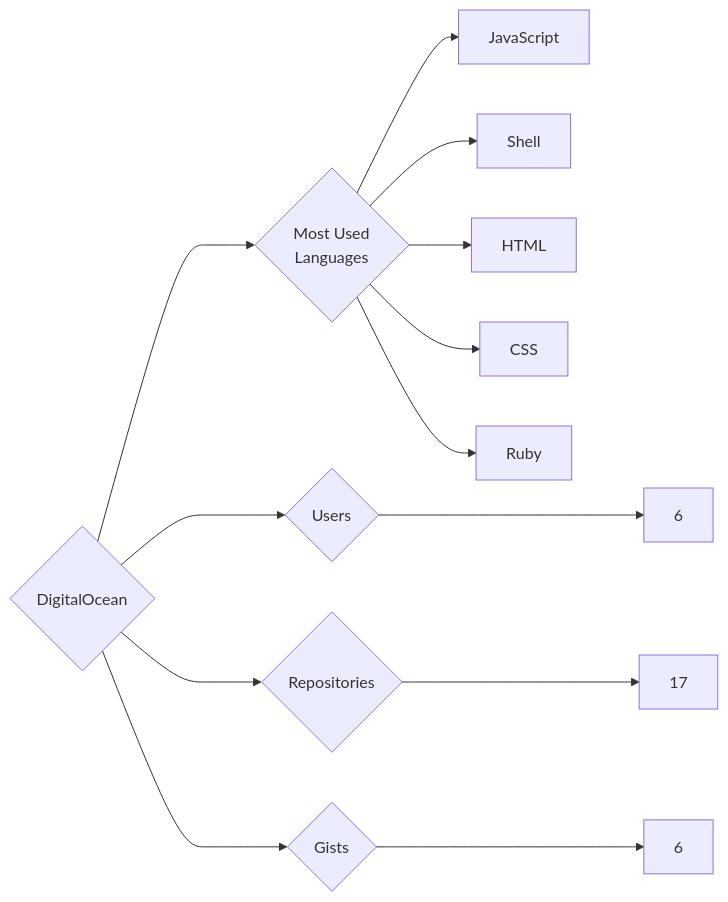
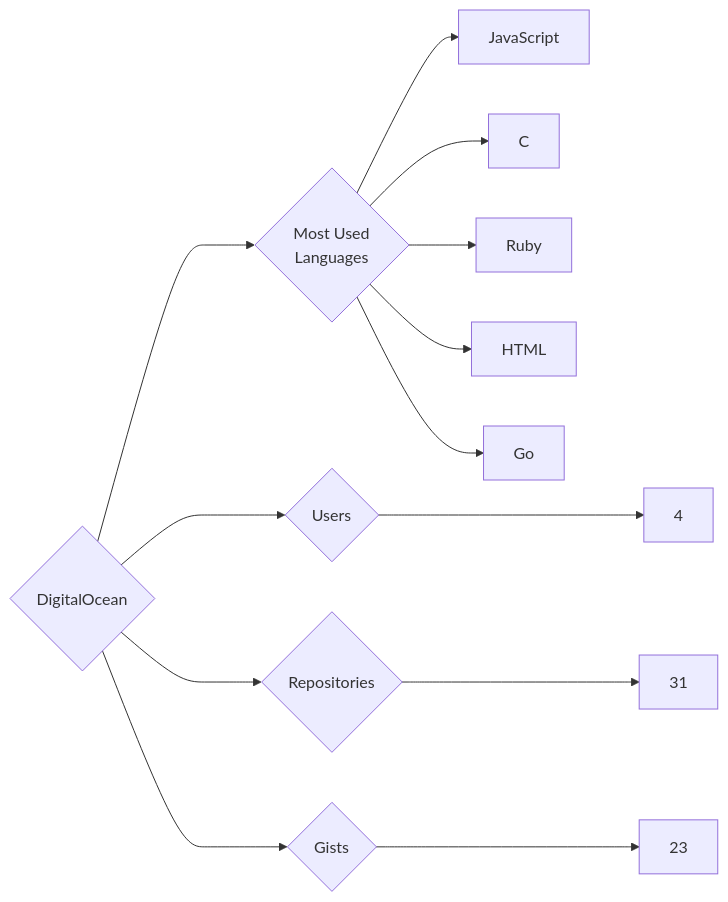
The diagram in targets/DigitalOcean/README.md (trickest/insiders), drawn with Mermaid before and after one commit. The commit also changed 1055 other files, not shown here.

````diff
--- a/targets/DigitalOcean/README.md
+++ b/targets/DigitalOcean/README.md
@@ -3,13 +3,13 @@
 ```mermaid
 graph LR
 COMPANY_NAME{DigitalOcean}
-COMPANY_NAME ---> U{Users} ---> UN[6]
-COMPANY_NAME ---> R{Repositories} ---> RN[17]
-COMPANY_NAME ---> G{Gists} ---> GN[6]
+COMPANY_NAME ---> U{Users} ---> UN[4]
+COMPANY_NAME ---> R{Repositories} ---> RN[31]
+COMPANY_NAME ---> G{Gists} ---> GN[23]
 COMPANY_NAME ---> ML{Most Used<br>Languages}
 ML --> JavaScript[JavaScript]
-ML --> Shell[Shell]
+ML --> C[C]
+ML --> Ruby[Ruby]
 ML --> HTML[HTML]
-ML --> CSS[CSS]
-ML --> Ruby[Ruby]
+ML --> Go[Go]
 ```
````
